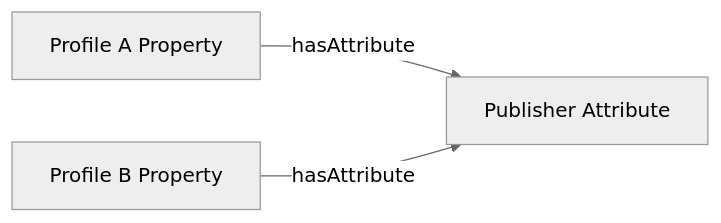
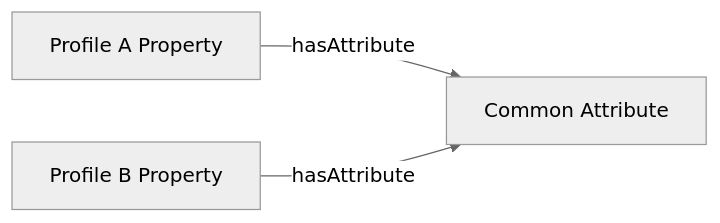
One commit to wimhugo/kb-attributes-eden-fidelis-trsp changed the first of 4 diagrams in docs/guide/04_TRSP_Mapping_Guide_Chapter_QA.md. Above: the diagram before and after it, drawn with Mermaid (neutral theme).

````diff
--- a/docs/guide/04_TRSP_Mapping_Guide_Chapter_QA.md
+++ b/docs/guide/04_TRSP_Mapping_Guide_Chapter_QA.md
@@ -51,5 +51,5 @@
 ```mermaid
 flowchart LR
-    PPA["Profile A Property"] -->|hasAttribute| A["Publisher Attribute"]
+    PPA["Profile A Property"] -->|hasAttribute| A["Common Attribute"]
     PPB["Profile B Property"] -->|hasAttribute| A
 ```
````
